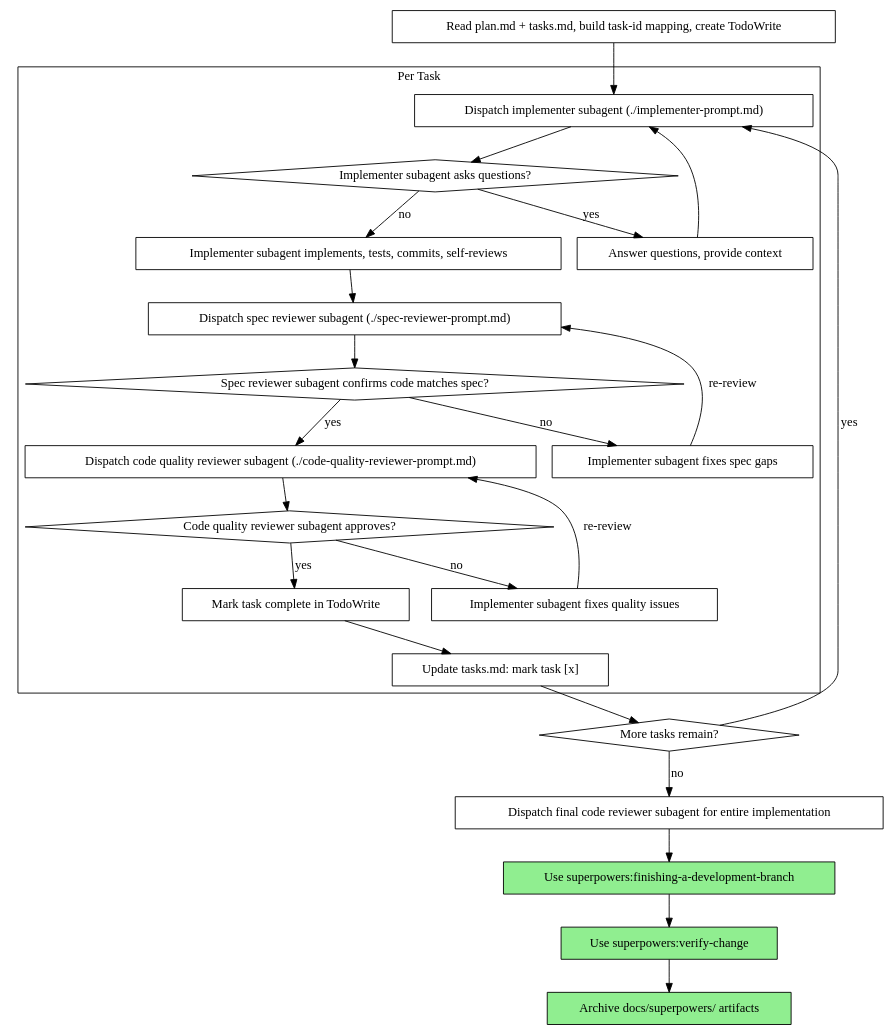
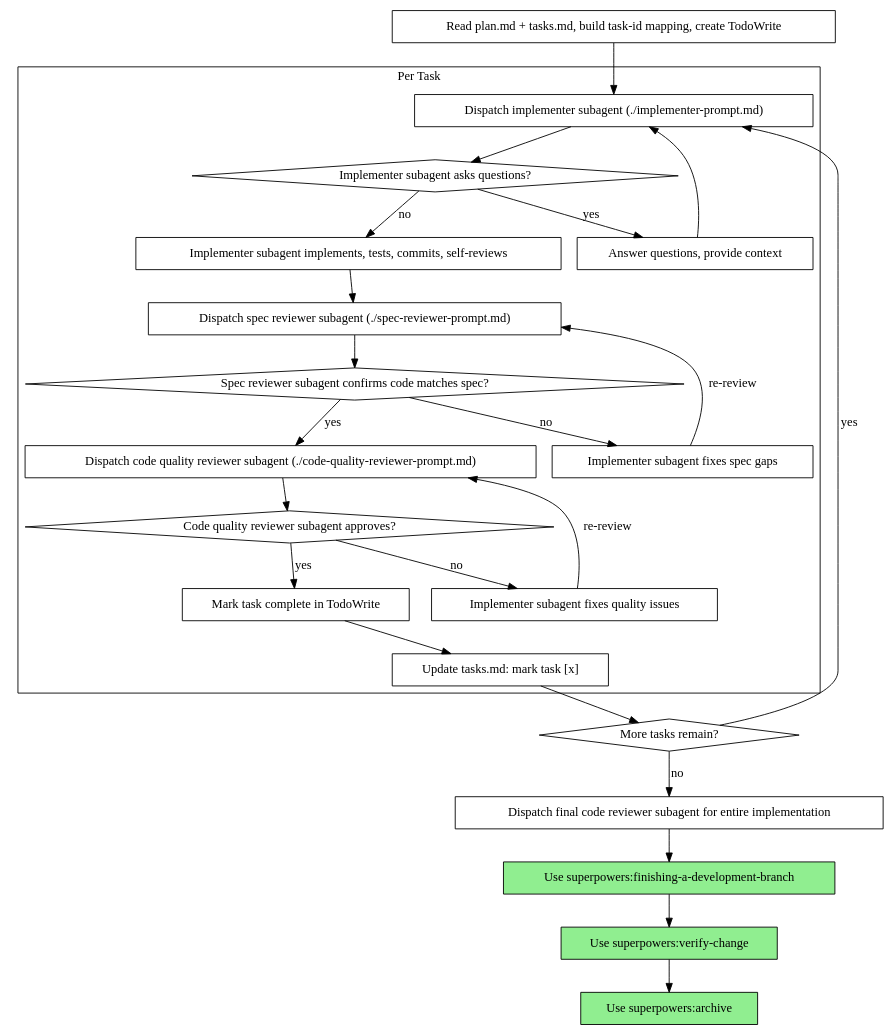
The second of 2 diagrams in community/superpowers/skills/subagent-driven-development/SKILL.md (jieli-cqwl/org-claude-skills), drawn with Graphviz before and after one commit. The commit also changed other lines of this file and 21 other files, not shown here.

````diff
--- a/community/superpowers/skills/subagent-driven-development/SKILL.md
+++ b/community/superpowers/skills/subagent-driven-development/SKILL.md
@@ -35,50 +35,50 @@
 ```dot
 digraph process {
     rankdir=TB;
 
     subgraph cluster_per_task {
         label="Per Task";
         "Dispatch implementer subagent (./implementer-prompt.md)" [shape=box];
         "Implementer subagent asks questions?" [shape=diamond];
         "Answer questions, provide context" [shape=box];
         "Implementer subagent implements, tests, commits, self-reviews" [shape=box];
         "Dispatch spec reviewer subagent (./spec-reviewer-prompt.md)" [shape=box];
         "Spec reviewer subagent confirms code matches spec?" [shape=diamond];
         "Implementer subagent fixes spec gaps" [shape=box];
         "Dispatch code quality reviewer subagent (./code-quality-reviewer-prompt.md)" [shape=box];
         "Code quality reviewer subagent approves?" [shape=diamond];
         "Implementer subagent fixes quality issues" [shape=box];
         "Mark task complete in TodoWrite" [shape=box];
         "Update tasks.md: mark task [x]" [shape=box];
     }
 
     "Read plan.md + tasks.md, build task-id mapping, create TodoWrite" [shape=box];
     "More tasks remain?" [shape=diamond];
     "Dispatch final code reviewer subagent for entire implementation" [shape=box];
     "Use superpowers:finishing-a-development-branch" [shape=box style=filled fillcolor=lightgreen];
     "Use superpowers:verify-change" [shape=box style=filled fillcolor=lightgreen];
-    "Archive docs/superpowers/ artifacts" [shape=box style=filled fillcolor=lightgreen];
+    "Use superpowers:archive" [shape=box style=filled fillcolor=lightgreen];
 
     "Read plan.md + tasks.md, build task-id mapping, create TodoWrite" -> "Dispatch implementer subagent (./implementer-prompt.md)";
     "Dispatch implementer subagent (./implementer-prompt.md)" -> "Implementer subagent asks questions?";
     "Implementer subagent asks questions?" -> "Answer questions, provide context" [label="yes"];
     "Answer questions, provide context" -> "Dispatch implementer subagent (./implementer-prompt.md)";
     "Implementer subagent asks questions?" -> "Implementer subagent implements, tests, commits, self-reviews" [label="no"];
     "Implementer subagent implements, tests, commits, self-reviews" -> "Dispatch spec reviewer subagent (./spec-reviewer-prompt.md)";
     "Dispatch spec reviewer subagent (./spec-reviewer-prompt.md)" -> "Spec reviewer subagent confirms code matches spec?";
     "Spec reviewer subagent confirms code matches spec?" -> "Implementer subagent fixes spec gaps" [label="no"];
     "Implementer subagent fixes spec gaps" -> "Dispatch spec reviewer subagent (./spec-reviewer-prompt.md)" [label="re-review"];
     "Spec reviewer subagent confirms code matches spec?" -> "Dispatch code quality reviewer subagent (./code-quality-reviewer-prompt.md)" [label="yes"];
     "Dispatch code quality reviewer subagent (./code-quality-reviewer-prompt.md)" -> "Code quality reviewer subagent approves?";
     "Code quality reviewer subagent approves?" -> "Implementer subagent fixes quality issues" [label="no"];
     "Implementer subagent fixes quality issues" -> "Dispatch code quality reviewer subagent (./code-quality-reviewer-prompt.md)" [label="re-review"];
     "Code quality reviewer subagent approves?" -> "Mark task complete in TodoWrite" [label="yes"];
     "Mark task complete in TodoWrite" -> "Update tasks.md: mark task [x]";
     "Update tasks.md: mark task [x]" -> "More tasks remain?";
     "More tasks remain?" -> "Dispatch implementer subagent (./implementer-prompt.md)" [label="yes"];
     "More tasks remain?" -> "Dispatch final code reviewer subagent for entire implementation" [label="no"];
     "Dispatch final code reviewer subagent for entire implementation" -> "Use superpowers:finishing-a-development-branch";
     "Use superpowers:finishing-a-development-branch" -> "Use superpowers:verify-change";
-    "Use superpowers:verify-change" -> "Archive docs/superpowers/ artifacts";
+    "Use superpowers:verify-change" -> "Use superpowers:archive";
 }
 ```
````
